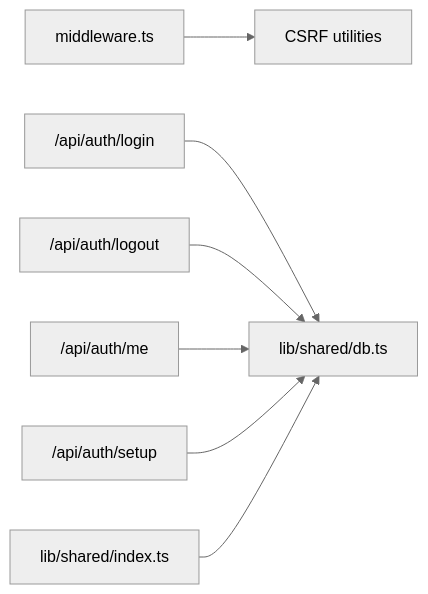
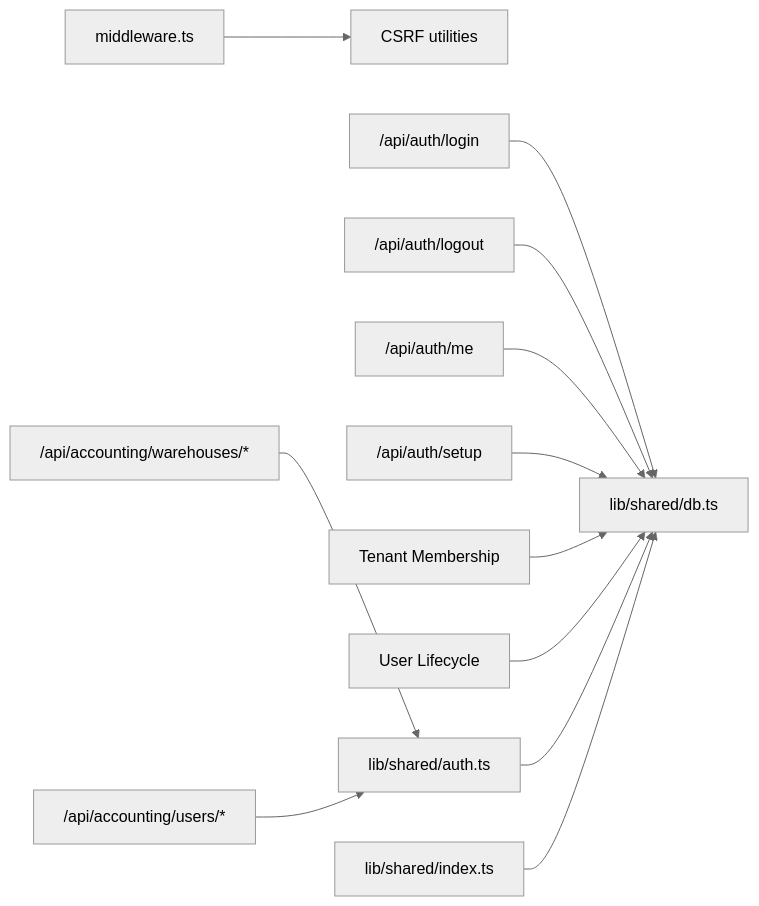
Before and after one commit to nzey11/erp-new: diagram 11 of 11 in .qoder/repowiki/en/content/Authentication & Authorization/Authentication & Authorization.md, drawn with Mermaid (neutral theme). The commit also changed other lines of this file and 6 other files, not shown here.

Commit message:
fix(tests): create tenant membership for users in auth tests

````diff
--- a/.qoder/repowiki/en/content/Authentication & Authorization/Authentication & Authorization.md
+++ b/.qoder/repowiki/en/content/Authentication & Authorization/Authentication & Authorization.md
@@ -332,9 +503,14 @@
 ```mermaid
 graph LR
 MW["middleware.ts"] --> CSRF["CSRF utilities"]
 LG["/api/auth/login"] --> DB["lib/shared/db.ts"]
 LO["/api/auth/logout"] --> DB
 ME["/api/auth/me"] --> DB
 SETUP["/api/auth/setup"] --> DB
+TM["Tenant Membership"] --> DB
+UL["User Lifecycle"] --> DB
+WH["/api/accounting/warehouses/*"] --> AUTH["lib/shared/auth.ts"]
+USERS["/api/accounting/users/*"] --> AUTH
+AUTH --> DB
 SH_IDX["lib/shared/index.ts"] --> DB
 ```
````
